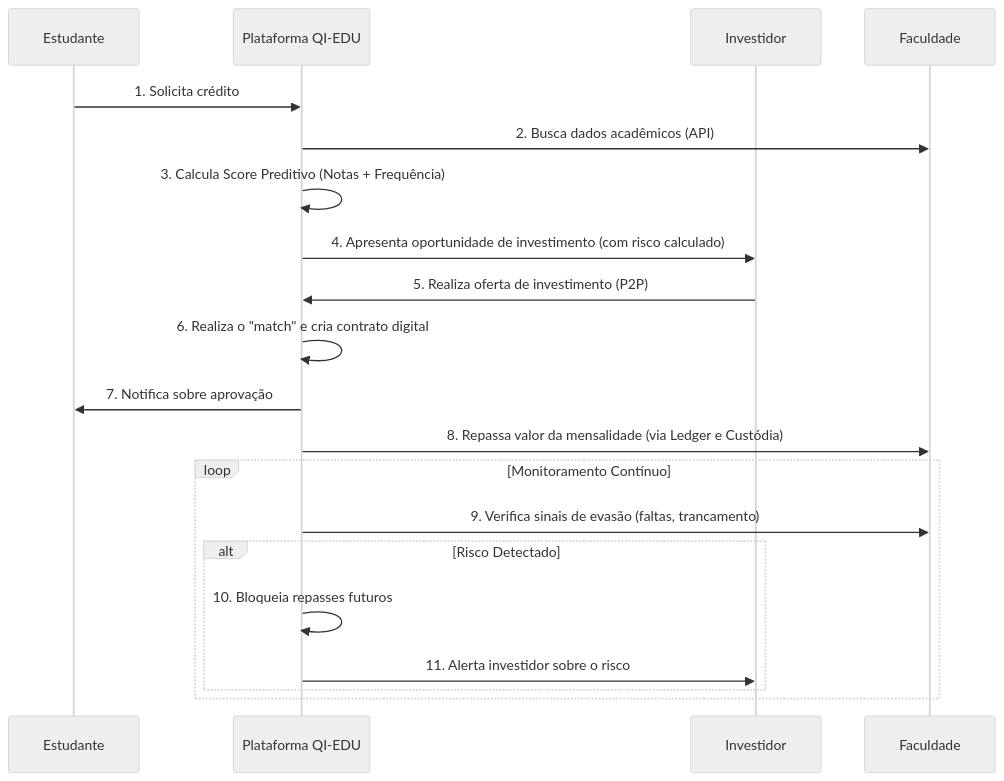
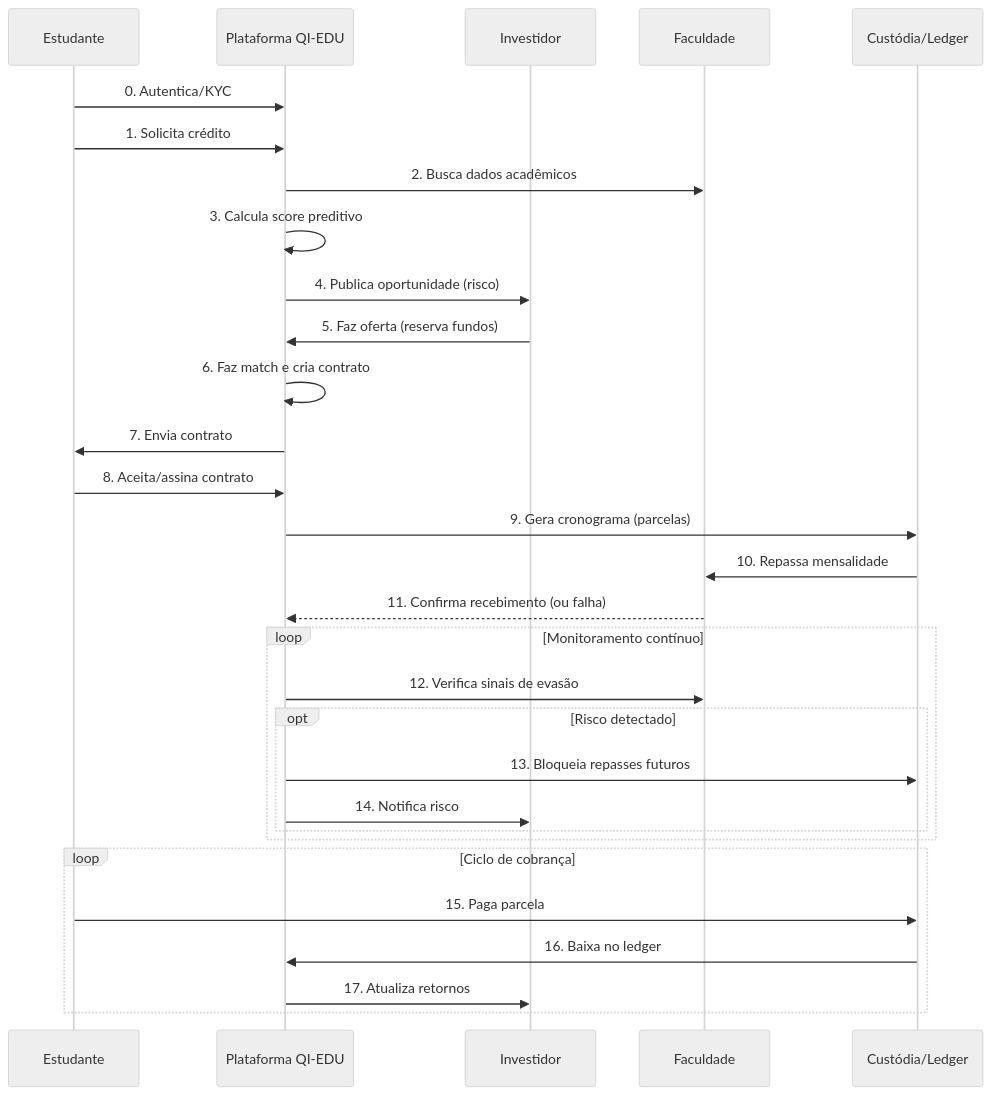
One commit to anabeggiato/inovcamp-qi_tech-g32 changed the diagram in docs/docs/5. Arquitetura/arquitetura.md. Above: the diagram before and after it, drawn with Mermaid (neutral theme). The commit also changed other lines of this file and 4 other files, not shown here.

````diff
--- a/docs/docs/5. Arquitetura/arquitetura.md
+++ b/docs/docs/5. Arquitetura/arquitetura.md
@@ -31,23 +31,35 @@
 ```mermaid
 sequenceDiagram
     participant E as Estudante
     participant P as Plataforma QI-EDU
     participant I as Investidor
     participant F as Faculdade
+    participant C as Custódia/Ledger
 
+    E->>P: 0. Autentica/KYC
     E->>P: 1. Solicita crédito
-    P->>F: 2. Busca dados acadêmicos (API)
-    P->>P: 3. Calcula Score Preditivo (Notas + Frequência)
-    P->>I: 4. Apresenta oportunidade de investimento (com risco calculado)
-    I->>P: 5. Realiza oferta de investimento (P2P)
-    P->>P: 6. Realiza o "match" e cria contrato digital
-    P->>E: 7. Notifica sobre aprovação
-    P->>F: 8. Repassa valor da mensalidade (via Ledger e Custódia)
-    loop Monitoramento Contínuo
-        P->>F: 9. Verifica sinais de evasão (faltas, trancamento)
-        alt Risco Detectado
-            P->>P: 10. Bloqueia repasses futuros
-            P->>I: 11. Alerta investidor sobre o risco
+    P->>F: 2. Busca dados acadêmicos
+    P->>P: 3. Calcula score preditivo
+    P->>I: 4. Publica oportunidade (risco)
+    I->>P: 5. Faz oferta (reserva fundos)
+    P->>P: 6. Faz match e cria contrato
+    P->>E: 7. Envia contrato
+    E->>P: 8. Aceita/assina contrato
+    P->>C: 9. Gera cronograma (parcelas)
+    C->>F: 10. Repassa mensalidade
+    F-->>P: 11. Confirma recebimento (ou falha)
+
+    loop Monitoramento contínuo
+        P->>F: 12. Verifica sinais de evasão
+        opt Risco detectado
+            P->>C: 13. Bloqueia repasses futuros
+            P->>I: 14. Notifica risco
         end
     end
+
+    loop Ciclo de cobrança
+        E->>C: 15. Paga parcela
+        C->>P: 16. Baixa no ledger
+        P->>I: 17. Atualiza retornos
+    end
 ```
````
